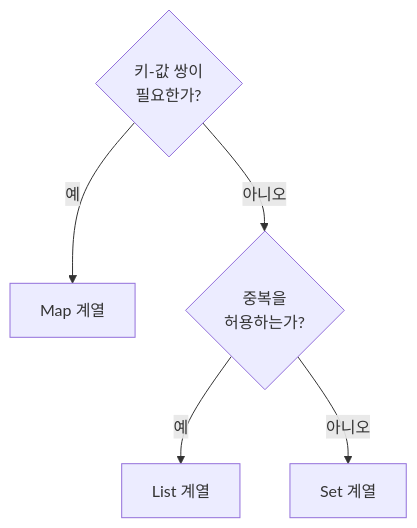
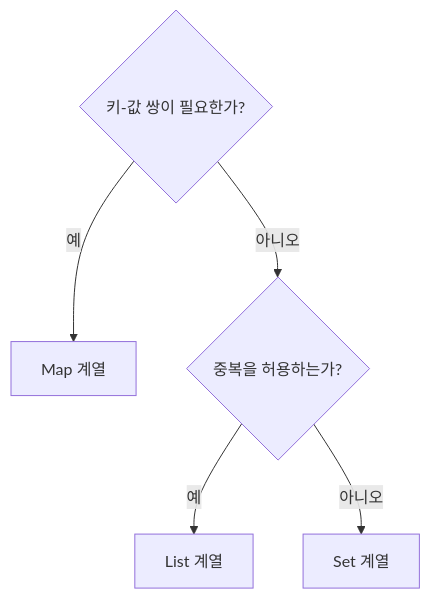
The diagram in docs/05-java/23-collections-choice.md (LSe-Yeong/TECH_NOTE), drawn with Mermaid before and after one commit. The commit also changed other lines of this file and 5 other files, not shown here.

````diff
--- a/docs/05-java/23-collections-choice.md
+++ b/docs/05-java/23-collections-choice.md
@@ -29,8 +13,8 @@
 ```mermaid
 flowchart TD
-    Q1{"키-값 쌍이\n필요한가?"}
+    Q1{"키-값 쌍이 필요한가?"}
     Q1 -->|"예"| Map["Map 계열"]
-    Q1 -->|"아니오"| Q2{"중복을\n허용하는가?"}
+    Q1 -->|"아니오"| Q2{"중복을 허용하는가?"}
     Q2 -->|"예"| List["List 계열"]
     Q2 -->|"아니오"| Set["Set 계열"]
 ```
````
